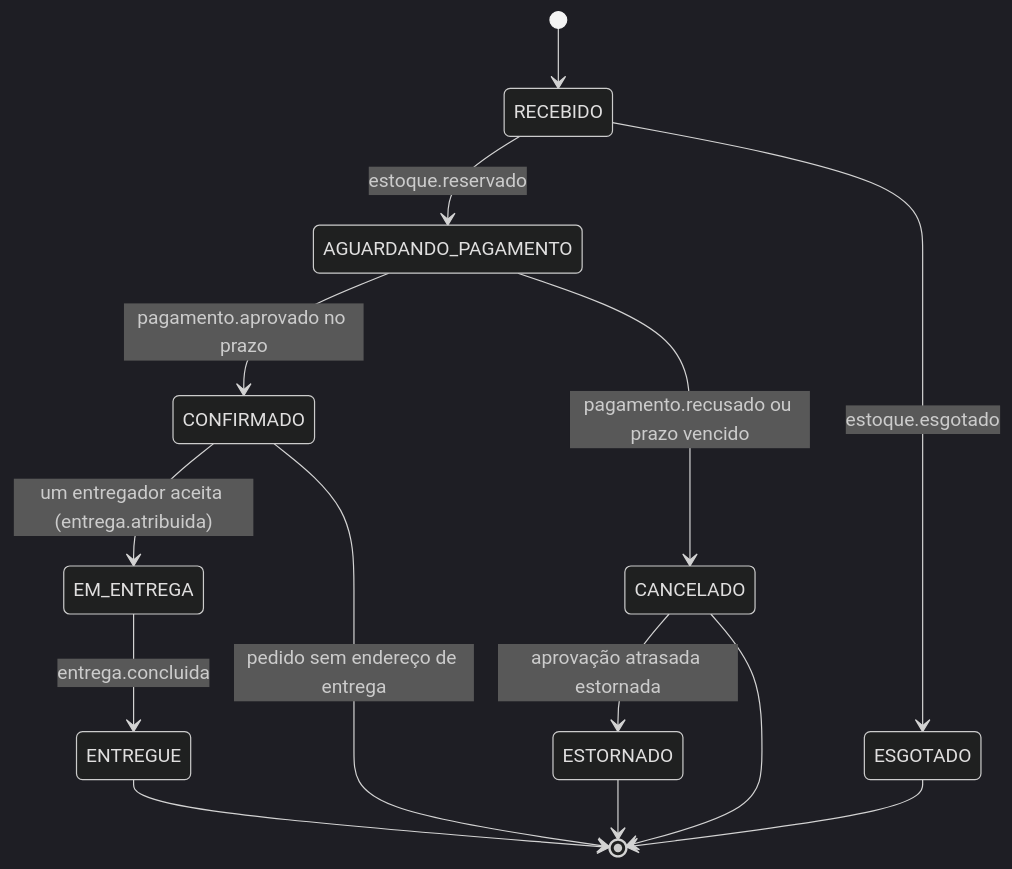
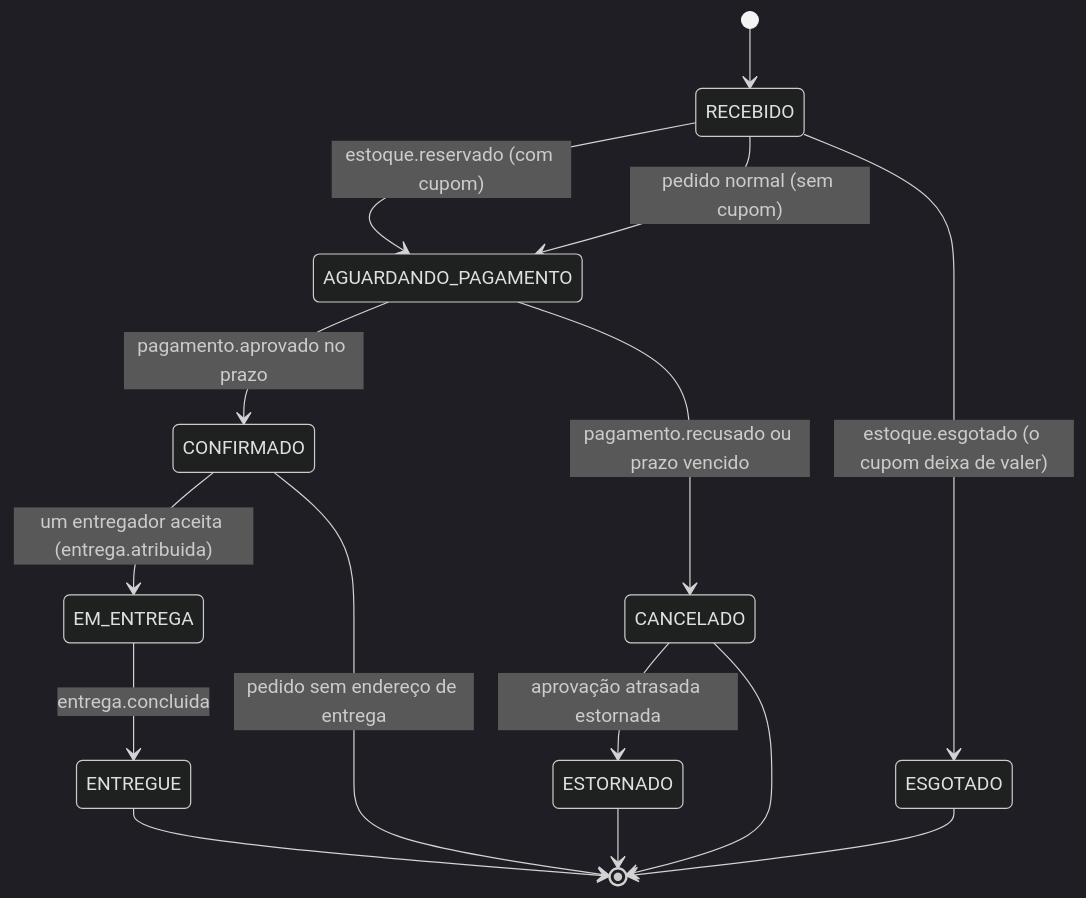
The diagram in docs/arquitetura/estados.mmd (yurirrabelo/5bitsdelivery), drawn with Mermaid (dark theme) before and after one commit. The commit also changed 41 other files, not shown here.

```diff
--- a/docs/arquitetura/estados.mmd
+++ b/docs/arquitetura/estados.mmd
@@ -1,14 +1,15 @@
 stateDiagram-v2
     [*] --> RECEBIDO
-    RECEBIDO --> AGUARDANDO_PAGAMENTO: estoque.reservado
-    RECEBIDO --> ESGOTADO: estoque.esgotado
+    RECEBIDO --> AGUARDANDO_PAGAMENTO: estoque.reservado (com cupom)
+    RECEBIDO --> AGUARDANDO_PAGAMENTO: pedido normal (sem cupom)
+    RECEBIDO --> ESGOTADO: estoque.esgotado (o cupom deixa de valer)
     AGUARDANDO_PAGAMENTO --> CONFIRMADO: pagamento.aprovado no prazo
     AGUARDANDO_PAGAMENTO --> CANCELADO: pagamento.recusado ou prazo vencido
     CANCELADO --> ESTORNADO: aprovação atrasada estornada
     CONFIRMADO --> EM_ENTREGA: um entregador aceita (entrega.atribuida)
     EM_ENTREGA --> ENTREGUE: entrega.concluida
     CONFIRMADO --> [*]: pedido sem endereço de entrega
     ESGOTADO --> [*]
     CANCELADO --> [*]
     ESTORNADO --> [*]
     ENTREGUE --> [*]
```
